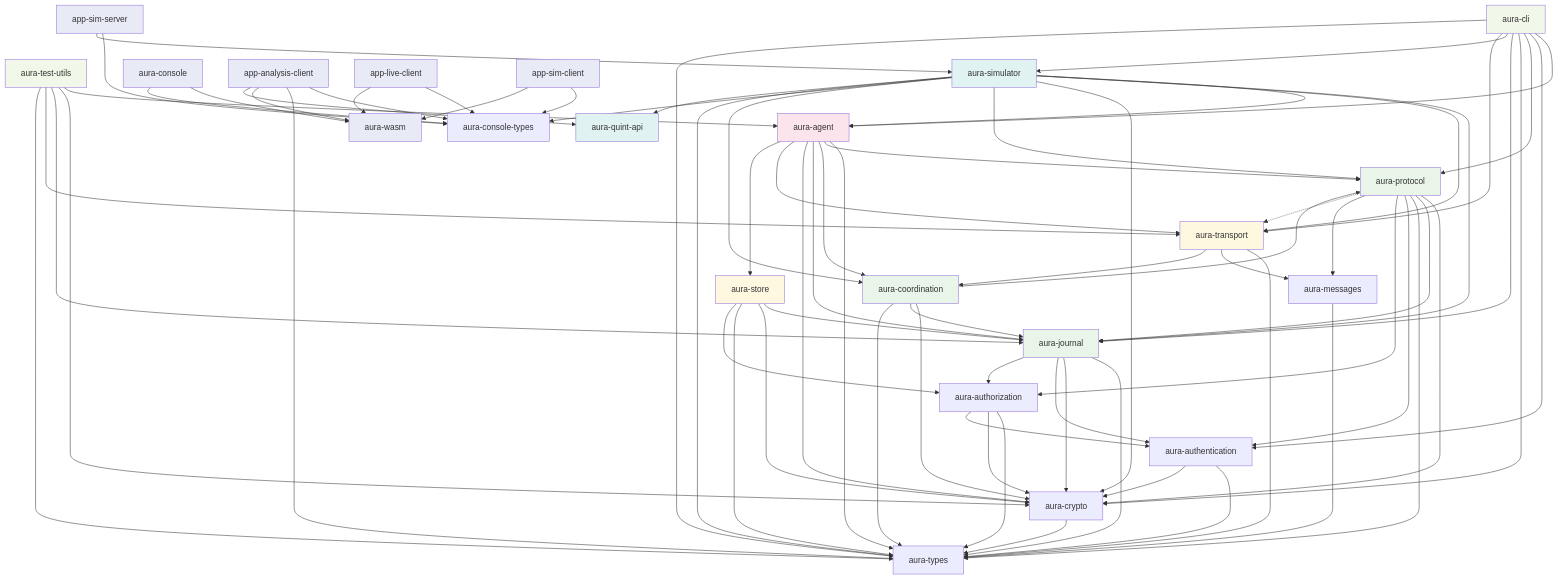
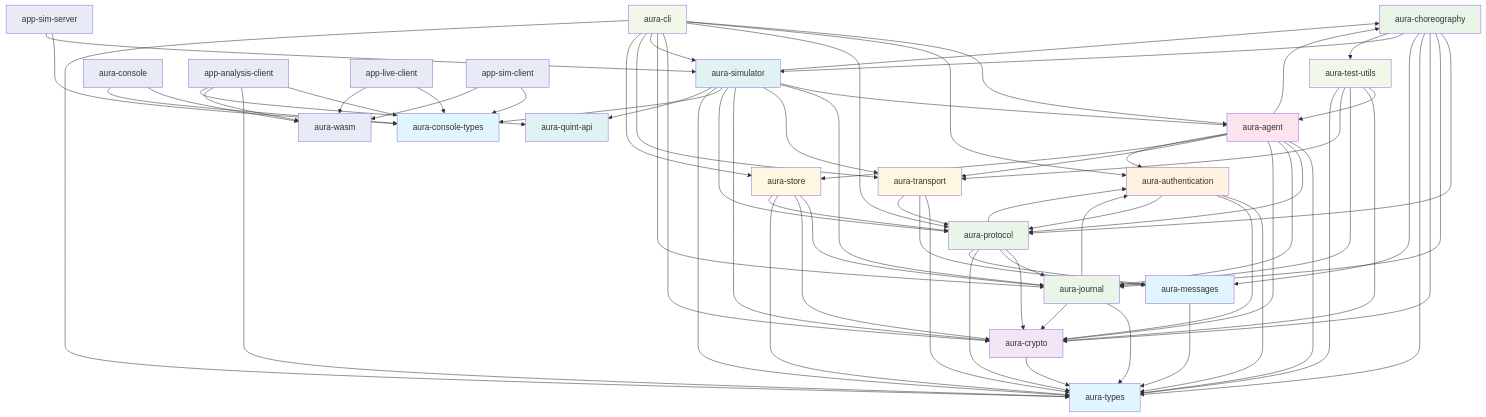
The first of 2 diagrams in docs/wiring.md (hxrts/aura), drawn with Mermaid before and after one commit. The commit also changed other lines of this file and 357 other files, not shown here.

```diff
--- a/docs/wiring.md
+++ b/docs/wiring.md
@@ -14,14 +14,13 @@
     %% Cryptography Layer
     crypto[aura-crypto]
     
-    %% Authentication & Authorization
+    %% Authentication Layer
     auth[aura-authentication]
-    authz[aura-authorization]
     
     %% Protocol Infrastructure
     journal[aura-journal]
     protocol[aura-protocol]
-    coordination[aura-coordination]
+    choreography[aura-choreography]
     
     %% Storage & Transport
     transport[aura-transport]
@@ -51,38 +50,37 @@
     crypto --> types
     auth --> types
     auth --> crypto
-    authz --> types
-    authz --> crypto
-    authz --> auth
+    auth --> protocol
     journal --> types
     journal --> crypto
     journal --> auth
-    journal --> authz
     transport --> types
     transport --> messages
+    transport --> protocol
     store --> journal
     store --> crypto
     store --> types
-    store --> authz
+    store --> protocol
     protocol --> crypto
     protocol --> journal
     protocol --> types
     protocol --> auth
-    protocol --> authz
     protocol --> messages
-    protocol -.-> transport
-    coordination --> crypto
-    coordination --> journal
-    coordination --> types
-    coordination --> protocol
-    transport --> coordination
+    choreography --> protocol
+    choreography --> journal
+    choreography --> crypto
+    choreography --> types
+    choreography --> messages
+    choreography --> simulator
+    choreography --> test_utils
     agent --> types
     agent --> protocol
-    agent --> coordination
     agent --> journal
     agent --> crypto
     agent --> transport
     agent --> store
+    agent --> choreography
+    agent --> auth
     test_utils --> agent
     test_utils --> crypto
     test_utils --> journal
@@ -95,13 +93,14 @@
     cli --> journal
     cli --> simulator
     cli --> transport
+    cli --> store
     cli --> types
     simulator --> agent
     simulator --> journal
     simulator --> transport
     simulator --> crypto
     simulator --> protocol
-    simulator --> coordination
+    simulator --> choreography
     simulator --> console_types
     simulator --> types
     simulator --> aura_quint_api
@@ -129,7 +128,10 @@
     classDef sim fill:#e0f2f1
     classDef wasm fill:#e8eaf6
     
-    class journal,protocol,coordination protocol
+    class types,messages,console_types foundation
+    class crypto crypto
+    class auth auth
+    class journal,protocol,choreography protocol
     class transport,store storage
     class agent app
     class test_utils,cli dev
```
